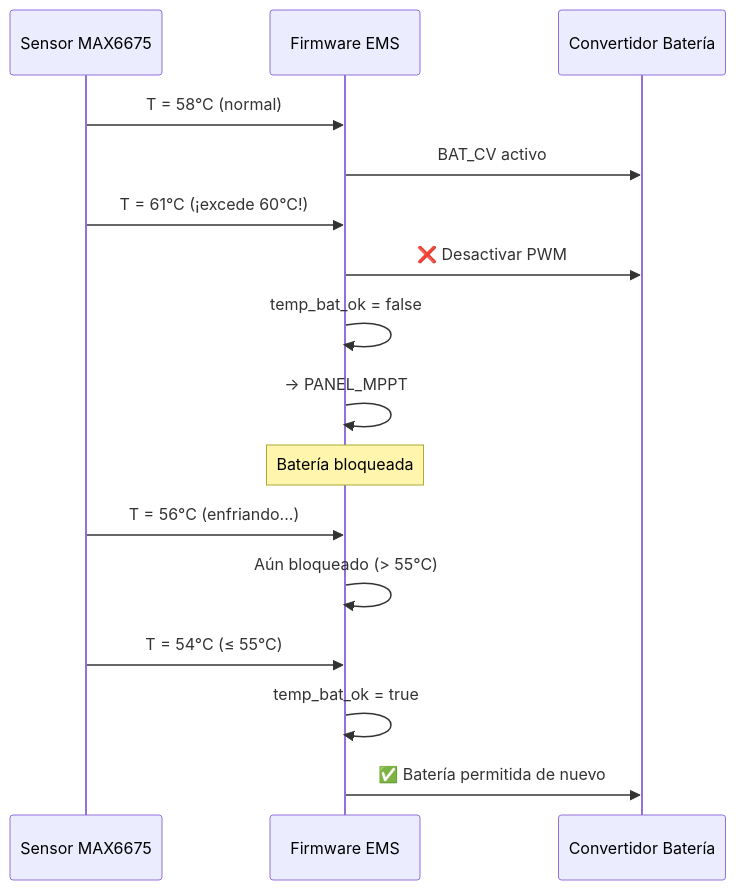
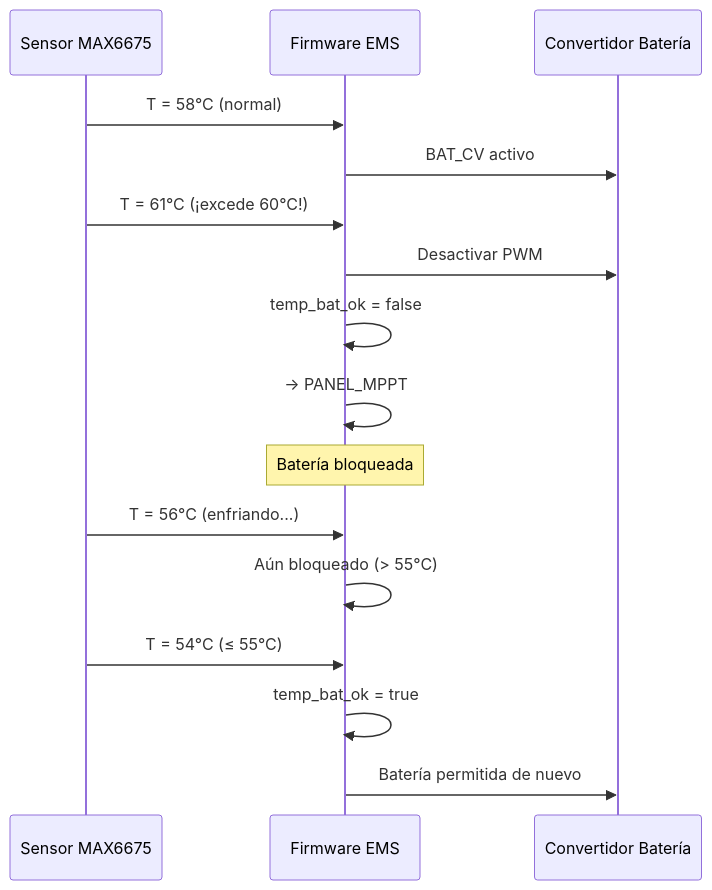
The diagram in docs/docs/resultados/analisis-pruebas.md (TobiasLozano/ems-visualization), drawn with Mermaid before and after one commit. The commit also changed other lines of this file and 90 other files, not shown here.

````diff
--- a/docs/docs/resultados/analisis-pruebas.md
+++ b/docs/docs/resultados/analisis-pruebas.md
@@ -130,23 +130,23 @@
 ```mermaid
 sequenceDiagram
     participant TEMP as Sensor MAX6675
     participant EMS as Firmware EMS
     participant BAT as Convertidor Batería
 
     TEMP->>EMS: T = 58°C (normal)
     EMS->>BAT: BAT_CV activo
 
     TEMP->>EMS: T = 61°C (¡excede 60°C!)
-    EMS->>BAT: ❌ Desactivar PWM
+    EMS->>BAT: Desactivar PWM
     EMS->>EMS: temp_bat_ok = false
     EMS->>EMS: → PANEL_MPPT
 
     Note over EMS: Batería bloqueada
 
     TEMP->>EMS: T = 56°C (enfriando...)
     EMS->>EMS: Aún bloqueado (> 55°C)
 
     TEMP->>EMS: T = 54°C (≤ 55°C)
     EMS->>EMS: temp_bat_ok = true
-    EMS->>BAT: ✅ Batería permitida de nuevo
+    EMS->>BAT: Batería permitida de nuevo
 ```
````
